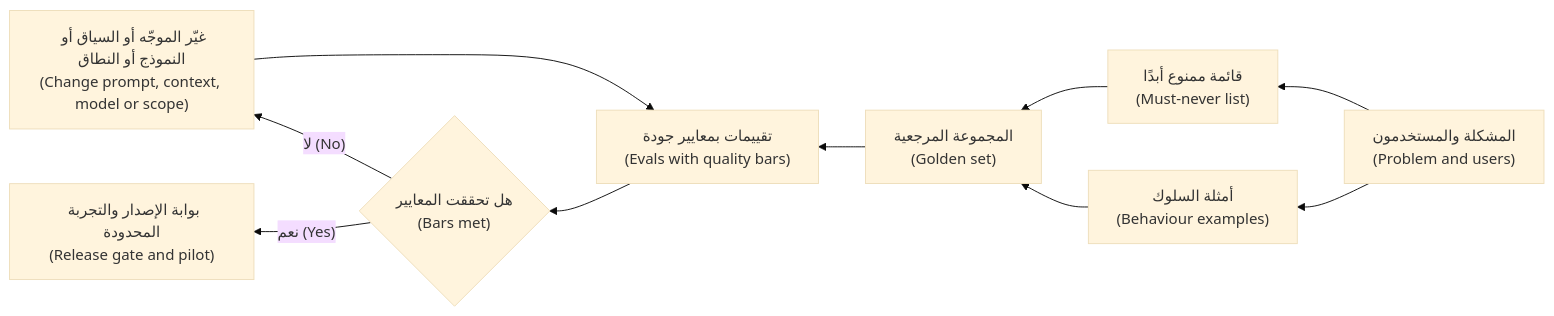
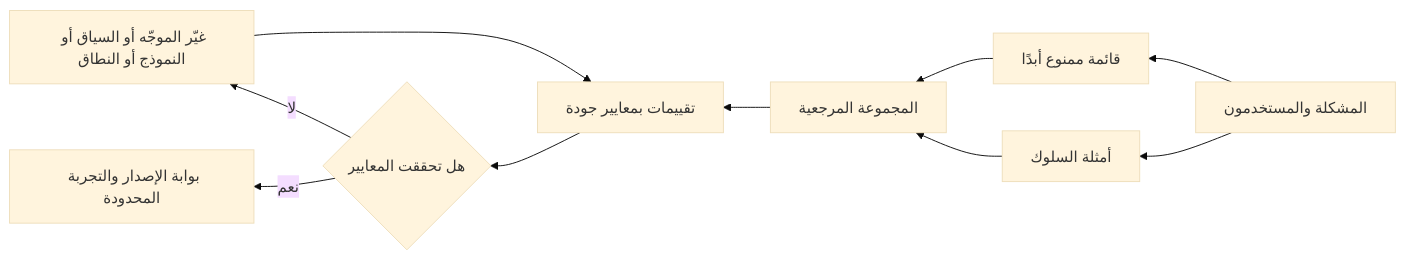
The first of 3 diagrams in aipm/modules/05-build.ar.md (Tamoura/system-design-for-vibe-coders), drawn with Mermaid (base theme) before and after one commit. The commit also changed other lines of this file and 551 other files, not shown here.

````diff
--- a/aipm/modules/05-build.ar.md
+++ b/aipm/modules/05-build.ar.md
@@ -82,12 +82,12 @@
 ```mermaid
 flowchart RL
-    A["المشكلة والمستخدمون<br/>(Problem and users)"] --> B["أمثلة السلوك<br/>(Behaviour examples)"]
-    A --> C["قائمة ممنوع أبدًا<br/>(Must-never list)"]
-    B --> D["المجموعة المرجعية<br/>(Golden set)"]
+    A["المشكلة والمستخدمون"] --> B["أمثلة السلوك"]
+    A --> C["قائمة ممنوع أبدًا"]
+    B --> D["المجموعة المرجعية"]
     C --> D
-    D --> E["تقييمات بمعايير جودة<br/>(Evals with quality bars)"]
-    E --> F{"هل تحققت المعايير<br/>(Bars met)"}
-    F -- "لا (No)" --> G["غيّر الموجّه أو السياق أو النموذج أو النطاق<br/>(Change prompt, context, model or scope)"]
+    D --> E["تقييمات بمعايير جودة"]
+    E --> F{"هل تحققت المعايير"}
+    F -- "لا" --> G["غيّر الموجّه أو السياق أو النموذج أو النطاق"]
     G --> E
-    F -- "نعم (Yes)" --> H["بوابة الإصدار والتجربة المحدودة<br/>(Release gate and pilot)"]
+    F -- "نعم" --> H["بوابة الإصدار والتجربة المحدودة"]
 ```
````
